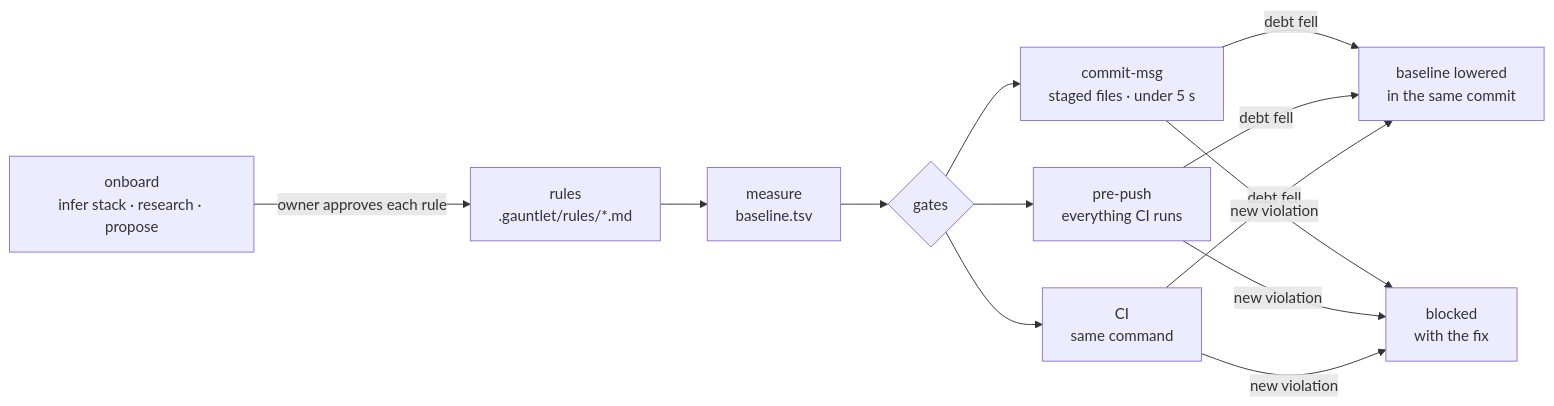
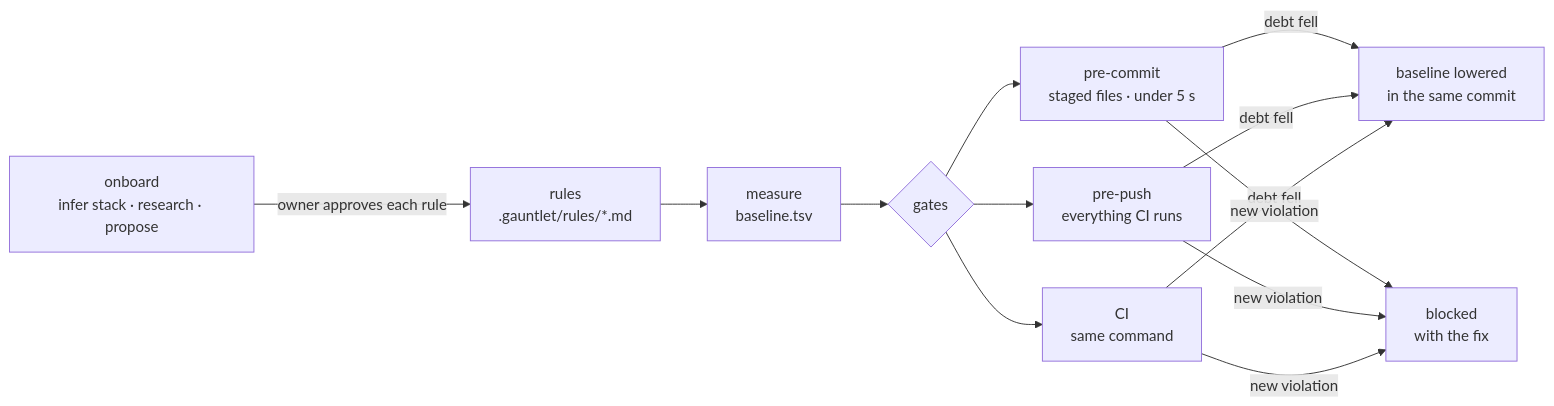
Before and after one commit to antonygiomarxdev/gauntlet: the first of 2 diagrams in README.md, drawn with Mermaid. The commit also changed 4 other files, not shown here.

Commit message:
docs: run the commit-time check in pre-commit

````diff
--- a/README.md
+++ b/README.md
@@ -54,11 +54,11 @@
 ```mermaid
 flowchart LR
   A[onboard<br/>infer stack · research · propose] -->|owner approves each rule| B[rules<br/>.gauntlet/rules/*.md]
   B --> C[measure<br/>baseline.tsv]
   C --> D{gates}
-  D --> E[commit-msg<br/>staged files · under 5 s]
+  D --> E[pre-commit<br/>staged files · under 5 s]
   D --> F[pre-push<br/>everything CI runs]
   D --> G[CI<br/>same command]
   E & F & G -->|debt fell| H[baseline lowered<br/>in the same commit]
   E & F & G -->|new violation| I[blocked<br/>with the fix]
 ```
````
